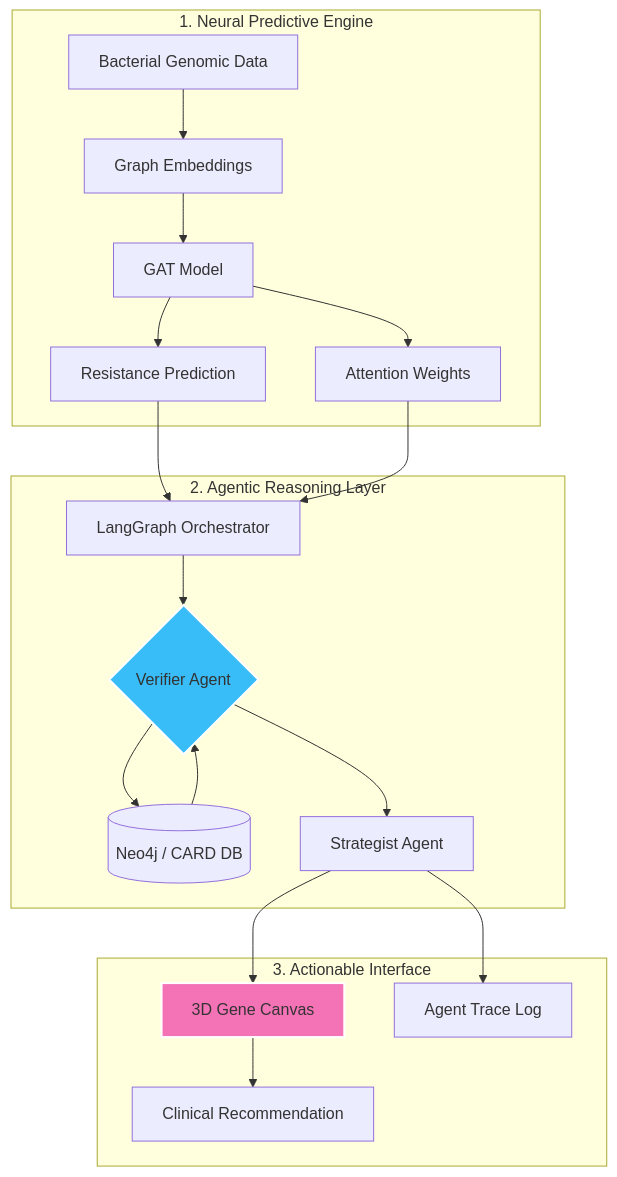
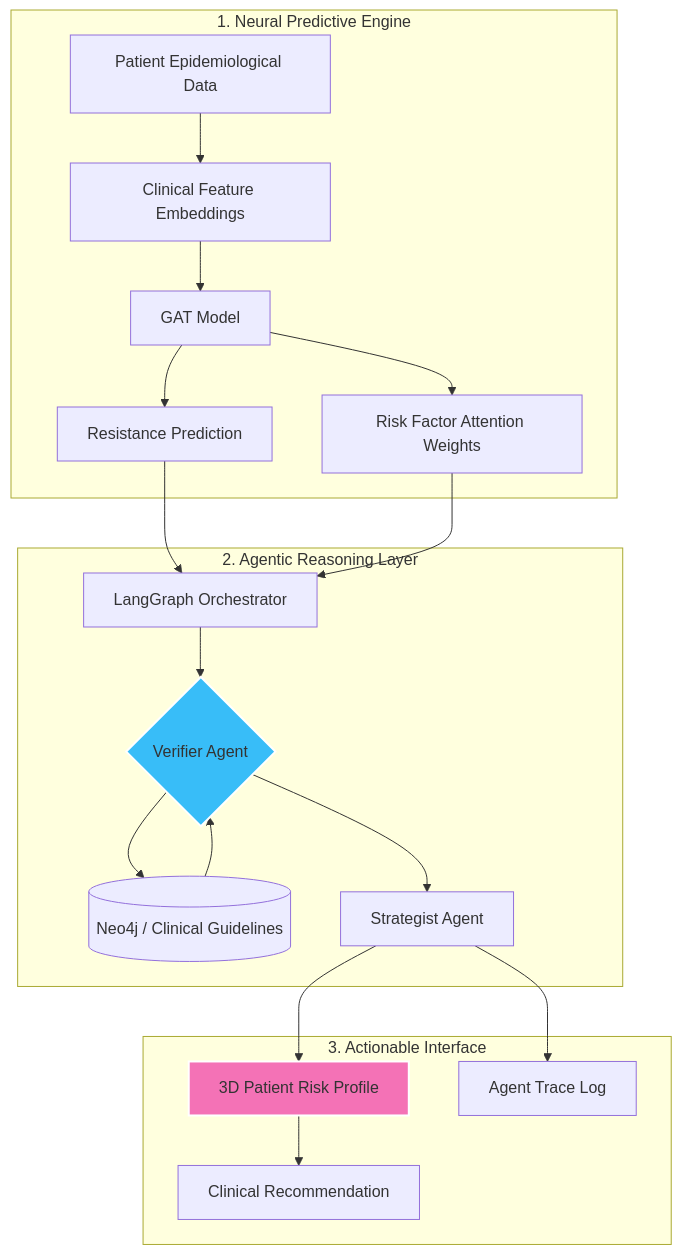
One commit to CodeR-6-9/Sentinel_GNN changed the first of 2 diagrams in README.md. Above: the diagram before and after it, drawn with Mermaid. The commit also changed other lines of this file, not shown here.

````diff
--- a/README.md
+++ b/README.md
@@ -22,27 +22,27 @@
 ```mermaid
 graph TD
     subgraph "1. Neural Predictive Engine"
-    A[Bacterial Genomic Data] --> B[Graph Embeddings]
+    A[Patient Epidemiological Data] --> B[Clinical Feature Embeddings]
     B --> C[GAT Model]
     C --> D[Resistance Prediction]
-    C --> E[Attention Weights]
+    C --> E[Risk Factor Attention Weights]
     end
 
     subgraph "2. Agentic Reasoning Layer"
     D --> F[LangGraph Orchestrator]
     E --> F
     F --> G{Verifier Agent}
-    G --> H[(Neo4j / CARD DB)]
+    G --> H[(Neo4j / Clinical Guidelines)]
     H --> G
     G --> I[Strategist Agent]
     end
 
     subgraph "3. Actionable Interface"
-    I --> J[3D Gene Canvas]
+    I --> J[3D Patient Risk Profile]
     I --> K[Agent Trace Log]
     J --> L[Clinical Recommendation]
     end
 
     style J fill:#f472b6,stroke:#fff,stroke-width:2px
     style G fill:#38bdf8,stroke:#fff,stroke-width:2px
 ```
````
